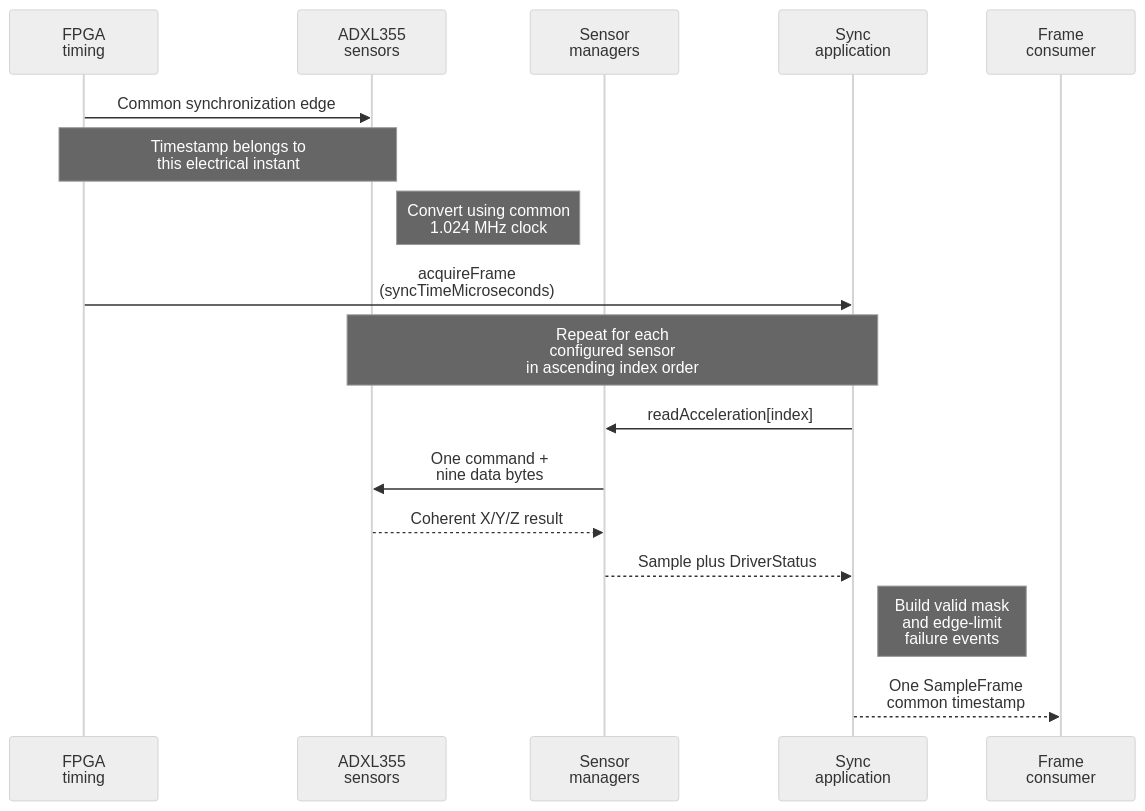
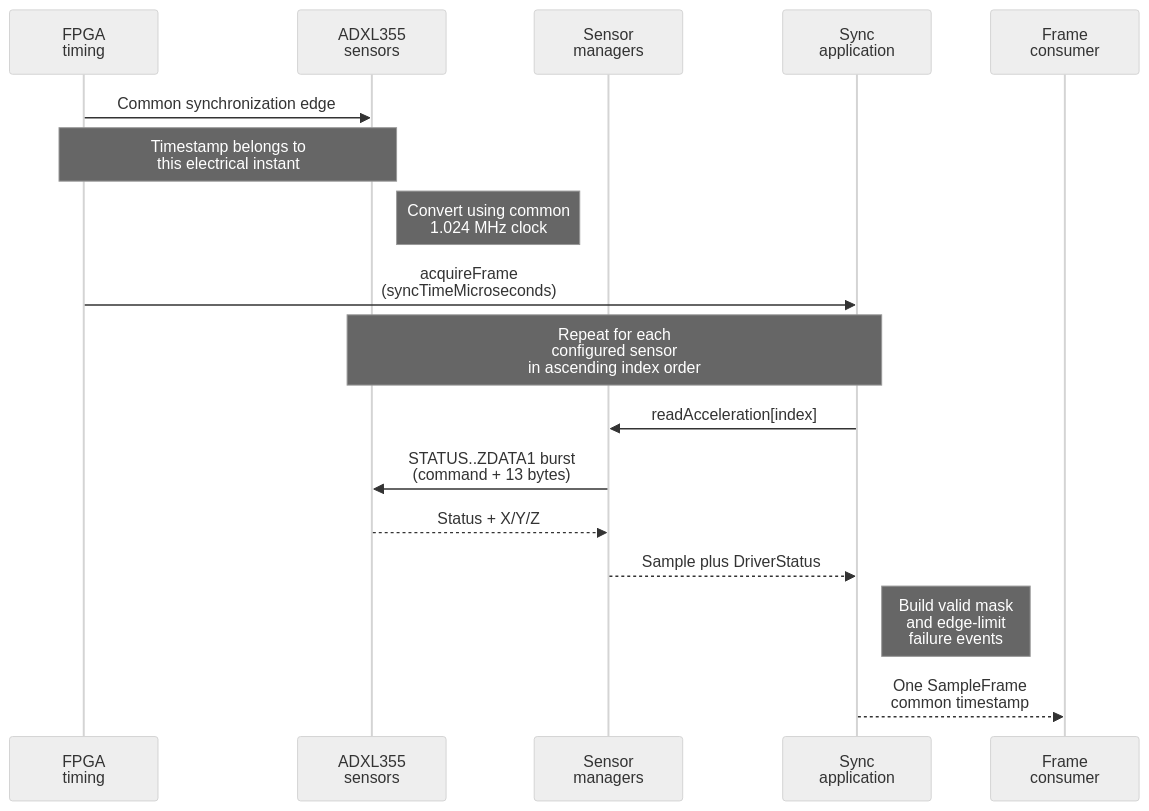
The second of 3 diagrams in docs/architecture.md (SiboVG/fprime-adxl355), drawn with Mermaid (neutral theme) before and after one commit. The commit also changed other lines of this file and 53 other files, not shown here.

````diff
--- a/docs/architecture.md
+++ b/docs/architecture.md
@@ -41,20 +41,20 @@
 ```mermaid
 sequenceDiagram
     participant FPGA as FPGA<br/>timing
     participant Sensors as ADXL355<br/>sensors
     participant Managers as Sensor<br/>managers
     participant App as Sync<br/>application
     participant Sink as Frame<br/>consumer
 
     FPGA->>Sensors: Common synchronization edge
     Note over FPGA,Sensors: Timestamp belongs to<br/>this electrical instant
     Note right of Sensors: Convert using common<br/>1.024 MHz clock
     FPGA->>App: acquireFrame<br/>(syncTimeMicroseconds)
     Note over Sensors,App: Repeat for each<br/>configured sensor<br/>in ascending index order
     App->>Managers: readAcceleration[index]
-    Managers->>Sensors: One command +<br/>nine data bytes
-    Sensors-->>Managers: Coherent X/Y/Z result
+    Managers->>Sensors: STATUS..ZDATA1 burst<br/>(command + 13 bytes)
+    Sensors-->>Managers: Status + X/Y/Z
     Managers-->>App: Sample plus DriverStatus
     Note right of App: Build valid mask<br/>and edge-limit<br/>failure events
     App-->>Sink: One SampleFrame<br/>common timestamp
 ```
````
